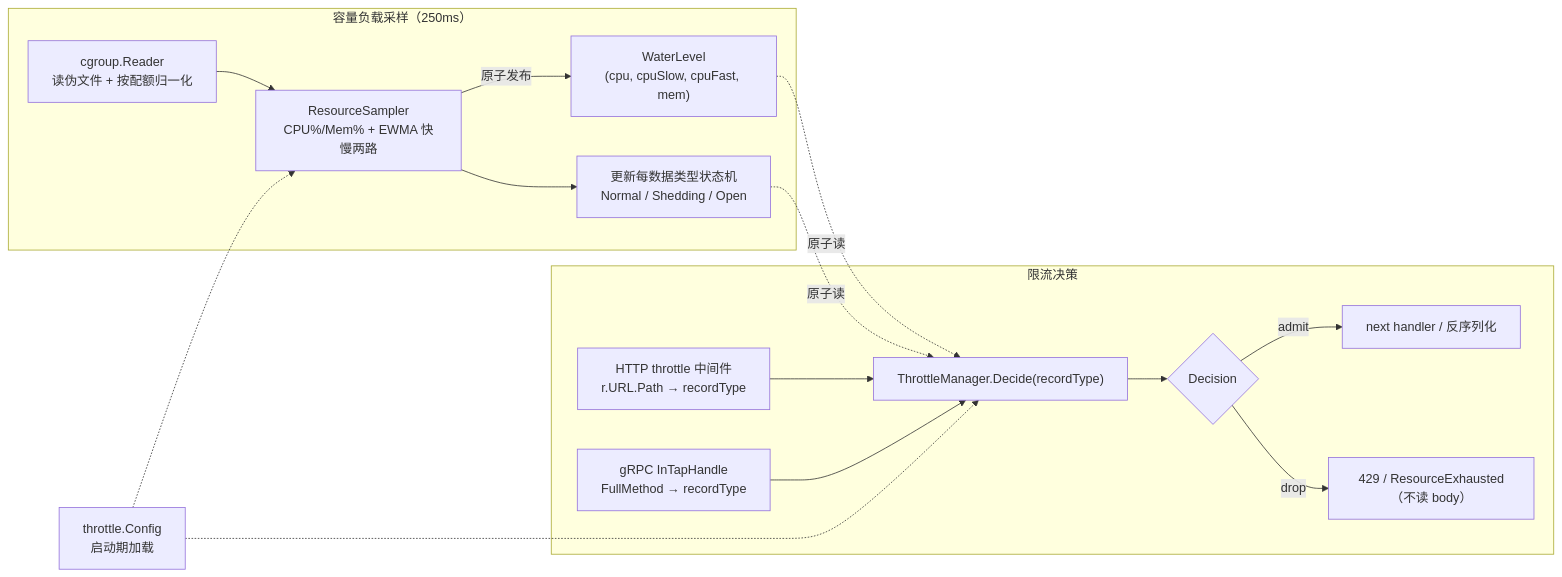
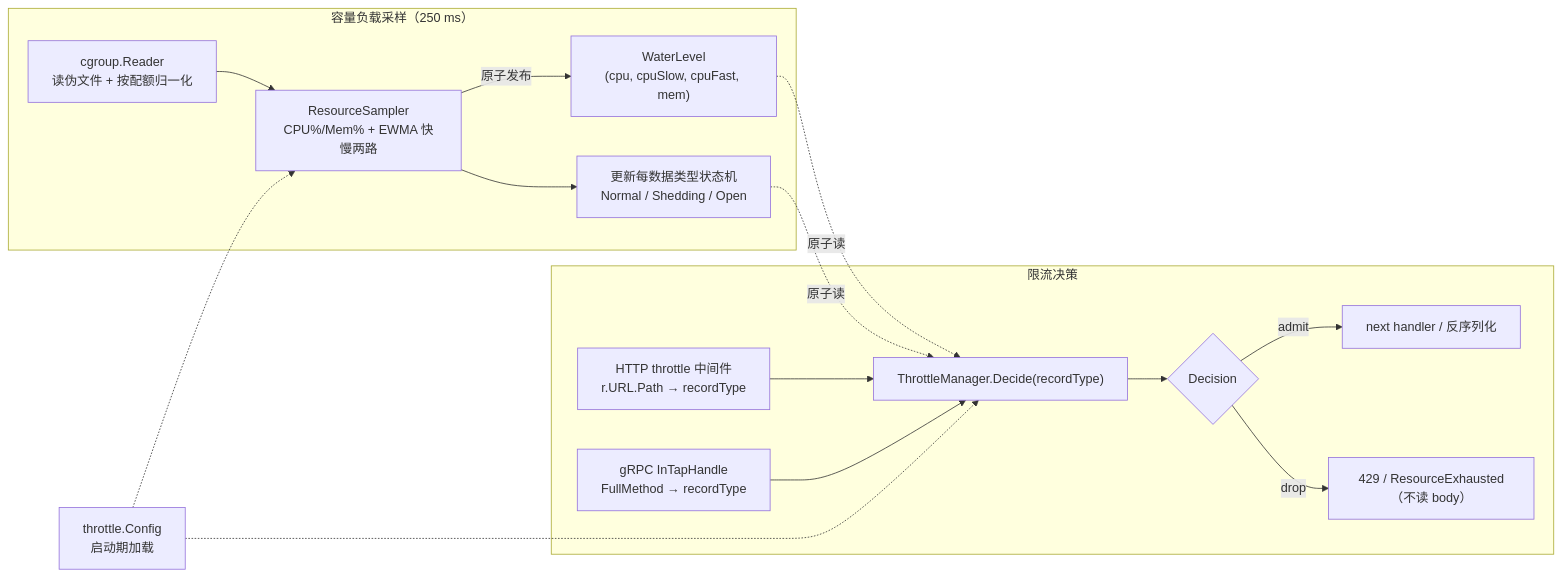
The first of 4 diagrams in knowledge/bkmonitor-datalink/issues/2026-06-10-collector-adaptive-throttling/PLAN.md (ZhuoZhuoCrayon/ai-workspace), drawn with Mermaid before and after one commit. The commit also changed other lines of this file, not shown here.

````diff
--- a/knowledge/bkmonitor-datalink/issues/2026-06-10-collector-adaptive-throttling/PLAN.md
+++ b/knowledge/bkmonitor-datalink/issues/2026-06-10-collector-adaptive-throttling/PLAN.md
@@ -81,19 +79,19 @@
 ```mermaid
 flowchart LR
-    subgraph BG["容量负载采样（250ms）"]
+    subgraph BG["容量负载采样（250 ms）"]
         CG["cgroup.Reader<br/>读伪文件 + 按配额归一化"] --> S["ResourceSampler<br/>CPU%/Mem% + EWMA 快慢两路"]
         S -->|原子发布| WL["WaterLevel<br/>(cpu, cpuSlow, cpuFast, mem)"]
         S --> ST["更新每数据类型状态机<br/>Normal / Shedding / Open"]
     end
     subgraph REQ["限流决策"]
         HTTP["HTTP throttle 中间件<br/>r.URL.Path → recordType"] --> M["ThrottleManager.Decide(recordType)"]
         GRPC["gRPC InTapHandle<br/>FullMethod → recordType"] --> M
         M --> D{"Decision"}
         D -->|admit| NEXT["next handler / 反序列化"]
         D -->|drop| REJ["429 / ResourceExhausted（不读 body）"]
     end
     WL -.原子读.-> M
     ST -.原子读.-> M
     CFG["throttle.Config<br/>启动期加载"] -.-> S
     CFG -.-> M
 ```
````
